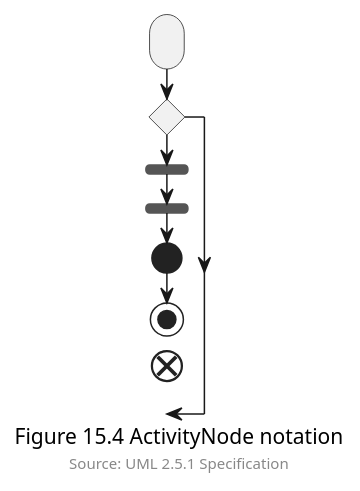
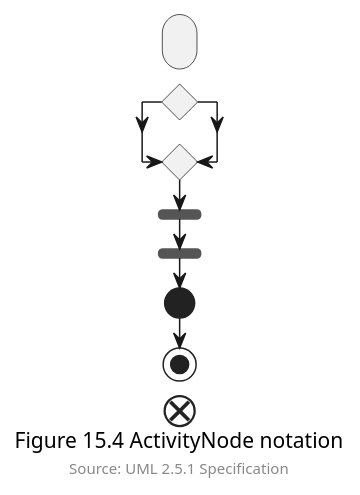
One commit to masmangan/uml-activity-object-flow changed the diagram in figure-15-04.puml. Above: the diagram before and after it, drawn with PlantUML.

Commit message:
Update figure-15-04.puml
Related to #1

```diff
--- a/figure-15-04.puml
+++ b/figure-15-04.puml
@@ -1,11 +1,17 @@
 @startuml
 :;
+kill
+
 if ()
+endif
+
 fork
 endfork
+
 start
+
 stop
 end
 caption Figure 15.4 ActivityNode notation
 footer Source: UML 2.5.1 Specification
 @enduml
```
